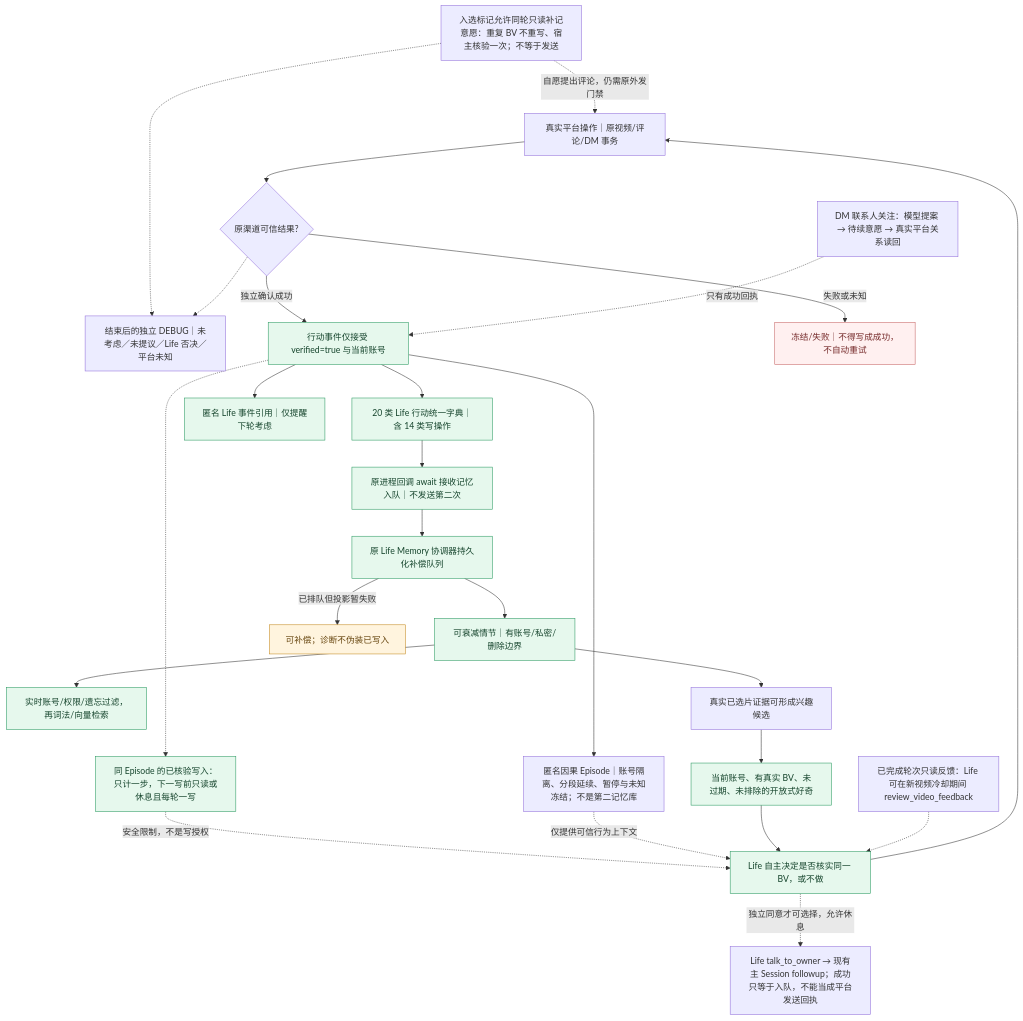
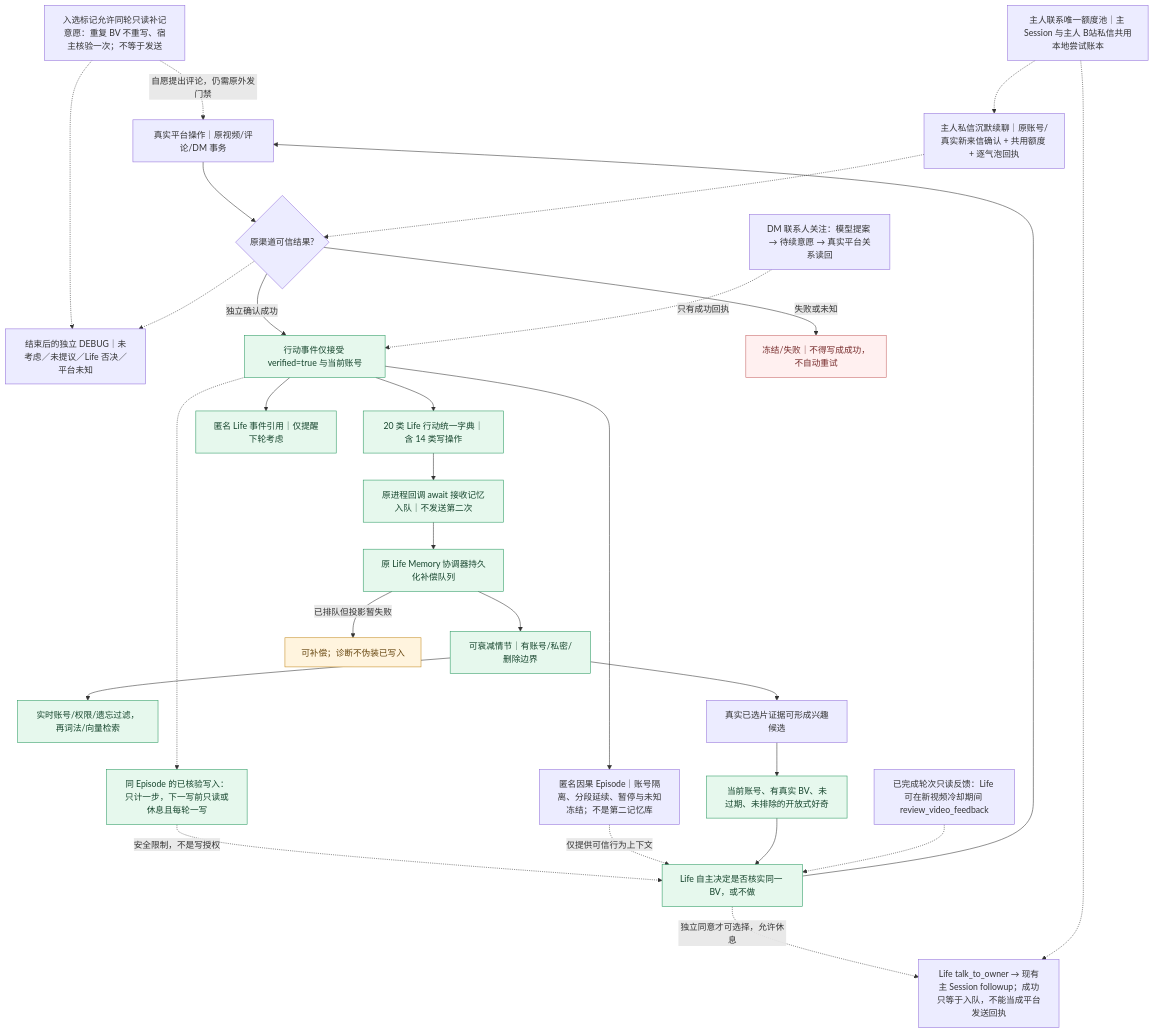
Before and after one commit to minedalang/dsh-dafeiyu-life: the diagram in docs/architecture/diagrams/life-receipt-memory-current.mmd, drawn with Mermaid. The commit also changed 23 other files, not shown here.

```diff
--- a/docs/architecture/diagrams/life-receipt-memory-current.mmd
+++ b/docs/architecture/diagrams/life-receipt-memory-current.mmd
@@ -1,80 +1,89 @@
 %% 同版本 Life 补链维护：模型/菜单不是平台成功证据
 %% @code source | lib/life-video-action-bridge.mjs | createLifeVideoActionBridge
 %% @code commentReview | vendor/bilibili-mcp/mcp_server.py | async def bili_comment_consideration
 %% @code commentOutcome | lib/video-comment-readiness.mjs | classifyVideoCommentRound
 %% @code catalog | lib/life-action-memory.mjs | LIFE_ACTION_NAMES
 %% @code verified | lib/life-action-memory.mjs | export function verifiedLifeActionEvent
 %% @code wake | lib/life-agent-events.mjs | VERIFIED_COMPLETION_KINDS
 %% @code outbox | lib/life-memory-coordinator.mjs | createLifeMemoryCoordinator
 %% @code episode | lib/life-memory-gateway.mjs | function asEpisode
 %% @code recall | lib/life-memory-gateway.mjs | function recall
 %% @code growth | lib/life-interests.mjs | recordInterestEvents
 %% @code curiosity | lib/life-interests.mjs | scopedCuriosityOpportunityEvidence
 %% @code planner | lib/autonomous-planner.mjs | export function plannerActionMenu
 %% @code bridge | index.js | const rememberVerifiedLifeAction
 %% @code unknown | lib/life-continuation-write.mjs | status:'uncertain'
 flowchart TB
   source["真实平台操作｜原视频/评论/DM 事务"]
   universalCausal["匿名因果 Episode｜账号隔离、分段延续、暂停与未知冻结；不是第二记忆库"]
   postWrite["同 Episode 的已核验写入：只计一步，下一写前只读或休息且每轮一写"]
   commentReview["入选标记允许同轮只读补记意愿：重复 BV 不重写、宿主核验一次；不等于发送"]
   commentOutcome["结束后的独立 DEBUG｜未考虑／未提议／Life 否决／平台未知"]
   receipt{"原渠道可信结果?"}
   verified["行动事件仅接受 verified=true 与当前账号"]
   unknown["冻结/失败｜不得写成成功，不自动重试"]
   catalog["20 类 Life 行动统一字典｜含 14 类写操作"]
   wake["匿名 Life 事件引用｜仅提醒下轮考虑"]
   bridge["原进程回调 await 接收记忆入队｜不发送第二次"]
   outbox["原 Life Memory 协调器持久化补偿队列"]
   episode["可衰减情节｜有账号/私密/删除边界"]
   pending["可补偿；诊断不伪装已写入"]
   recall["实时账号/权限/遗忘过滤，再词法/向量检索"]
   growth["真实已选片证据可形成兴趣候选"]
   curiosity["当前账号、有真实 BV、未过期、未排除的开放式好奇"]
   planner["Life 自主决定是否核实同一 BV，或不做"]
   videoFeedback["已完成轮次只读反馈：Life 可在新视频冷却期间 review_video_feedback"]
   commentReview -.->|自愿提出评论，仍需原外发门禁| source
   commentReview -.-> commentOutcome
   source --> receipt
   verified -.-> postWrite -.->|安全限制，不是写授权| planner
   receipt -.-> commentOutcome
   receipt -->|独立确认成功| verified
   receipt -->|失败或未知| unknown
   verified --> catalog
   verified --> universalCausal
   verified --> wake
   catalog --> bridge
   bridge --> outbox
   outbox --> episode
   outbox -->|已排队但投影暂失败| pending
   episode --> recall
   universalCausal -.->|仅提供可信行为上下文| planner
   episode --> growth
   growth --> curiosity
   curiosity --> planner
   videoFeedback -.-> planner
   planner --> source
   ownerFollowup["Life talk_to_owner → 现有主 Session followup；成功只等于入队，不能当成平台发送回执"]
   planner -.->|独立同意才可选择，允许休息| ownerFollowup
+  ownerDmSilence["主人私信沉默续聊｜原账号/真实新来信确认 + 共用额度 + 逐气泡回执"]
+  ownerContactQuota["主人联系唯一额度池｜主 Session 与主人 B站私信共用本地尝试账本"]
+  ownerContactQuota -.-> ownerFollowup
+  ownerContactQuota -.-> ownerDmSilence
+  ownerDmSilence -.-> receipt
   classDef green fill:#e6f8ed,stroke:#2a9961,color:#16452d
   classDef yellow fill:#fff4de,stroke:#c48a20,color:#65440d
   classDef red fill:#fff0f0,stroke:#c66565,color:#762b2b
   class verified,catalog,wake,bridge,outbox,episode,recall,curiosity,planner,postWrite green
   class pending yellow
   class unknown red
 
 %% @code postWrite | lib/life-opportunities.mjs | entry.writeAftercare='read-or-rest'
 
 %% @code universalCausal | lib/life-universal-episodes.mjs | export function createUniversalLifeEpisodes
 
 %% @code commentReview | vendor/bilibili-mcp/mcp_server.py | async def bili_ledger_mark
 
 %% @code videoFeedback | lib/autonomous-planner.mjs | action:'review_video_feedback'
 
 %% dev.38 真实平台关系读回后才入 Life Episode，原可衰减记忆可按动作类别描述。
 dmFollowReceipt["DM 联系人关注：模型提案 → 待续意愿 → 真实平台关系读回"]
 dmFollowReceipt -.->|只有成功回执| verified
 %% @code dmFollowReceipt | index.js | receiptId:'bili-relation-follow:'
 
 %% dev.42: host followup != independently confirmed platform delivery.
 %% @code ownerFollowup | lib/main-session-bridge.mjs | const initiateOwnerChat=
+
+%% dev.44: no new memory store or channel; one quota ledger.
+%% @code ownerDmSilence | lib/owner-dm-agent.mjs | const considerSilence=async()=>
+%% @code ownerContactQuota | lib/main-session-bridge.mjs | const reserveOwnerContact=
```
